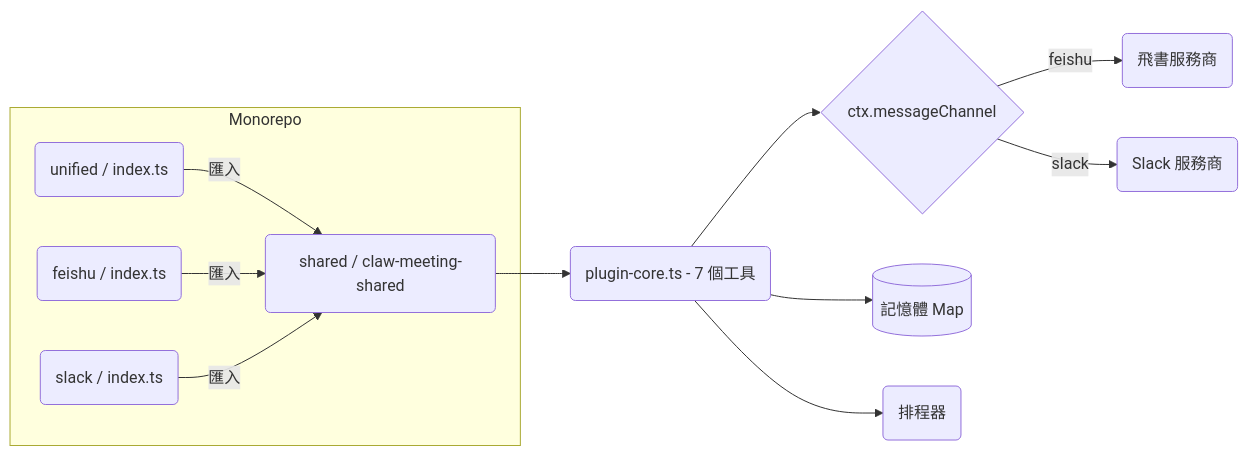
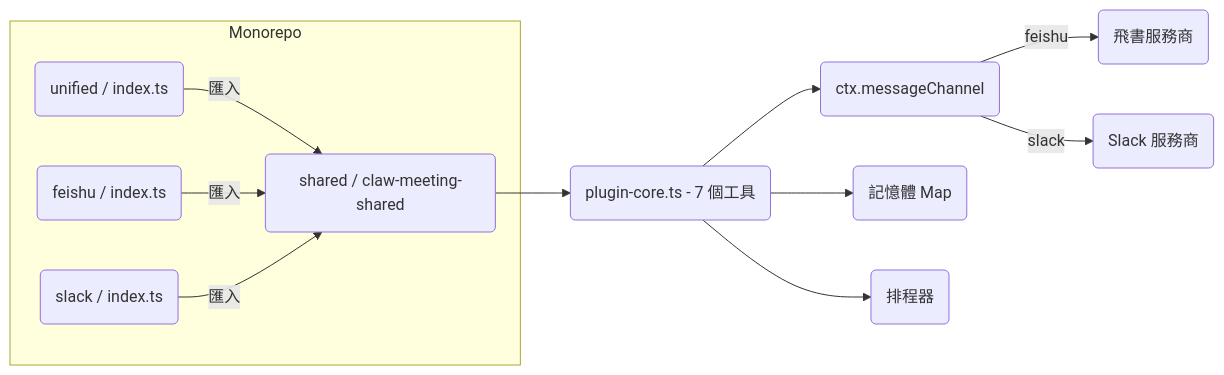
One commit to javana3/claw_meeting_all changed the second of 7 diagrams in README.zh-TW.md. Above: the diagram before and after it, drawn with Mermaid. The commit also changed other lines of this file and 4 other files, not shown here.

First line of the commit message:
docs: round all diagram nodes and update colors across 5 languages

````diff
--- a/README.zh-TW.md
+++ b/README.zh-TW.md
@@ -53,20 +53,20 @@
 ```mermaid
 graph LR
     subgraph "Monorepo"
         SHARED(shared / claw-meeting-shared)
         UNI(unified / index.ts)
         FEI(feishu / index.ts)
         SLK(slack / index.ts)
     end
 
     UNI -->|匯入| SHARED
     FEI -->|匯入| SHARED
     SLK -->|匯入| SHARED
 
     SHARED --> CORE(plugin-core.ts - 7 個工具)
-    CORE --> ROUTER{ctx.messageChannel}
+    CORE --> ROUTER(ctx.messageChannel)
     ROUTER -->|feishu| LP(飛書服務商)
     ROUTER -->|slack| SP(Slack 服務商)
-    CORE --> MEM[(記憶體 Map)]
+    CORE --> MEM(記憶體 Map)
     CORE --> SCH(排程器)
 ```
````
